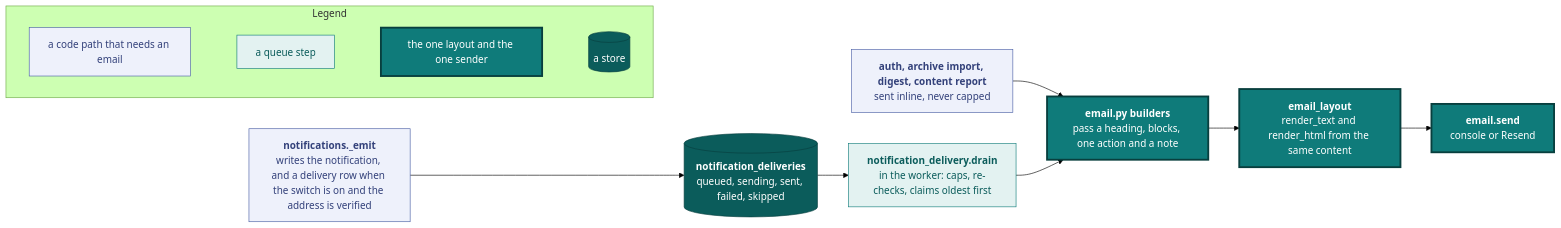
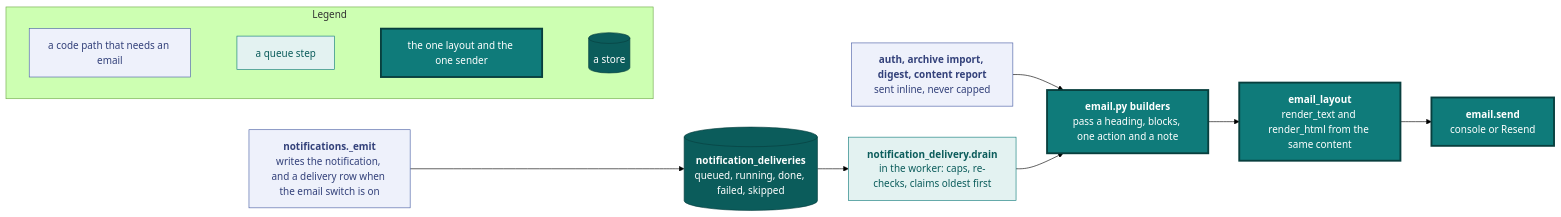
Before and after one commit to vidithq/vidit: the third of 5 diagrams in docs/engineering.md, drawn with Mermaid (forest theme). The commit also changed other lines of this file and 617 other files, not shown here.

````diff
--- a/docs/engineering.md
+++ b/docs/engineering.md
@@ -256,35 +253,35 @@
 ```mermaid
 flowchart LR
   classDef spec fill:#eef1fb,stroke:#4a5fa5,color:#33417a
   classDef shared fill:#e3f2f1,stroke:#0f7b7a,color:#0b5c5b
   classDef core fill:#0f7b7a,stroke:#083f3e,stroke-width:3px,color:#ffffff
   classDef store fill:#0b5c5b,stroke:#083f3e,color:#ffffff
 
   subgraph legend [Legend]
     direction LR
     l1["`a code path that needs an email`"]:::spec
     l2["`a queue step`"]:::shared
     l3["`the one layout and the one sender`"]:::core
     l4[("`a store`")]:::store
     l1 ~~~ l2 ~~~ l3 ~~~ l4
   end
 
   inline["`**auth, archive import, digest, content report**
   sent inline, never capped`"]:::spec
   emit["`**notifications._emit**
-  writes the notification, and a delivery row when the switch is on and the address is verified`"]:::spec
+  writes the notification, and a delivery row when the email switch is on`"]:::spec
   queue[("`**notification_deliveries**
-  queued, sending, sent, failed, skipped`")]:::store
+  queued, running, done, failed, skipped`")]:::store
   drain["`**notification_delivery.drain**
   in the worker: caps, re-checks, claims oldest first`"]:::shared
   builders["`**email.py builders**
   pass a heading, blocks, one action and a note`"]:::core
   layout["`**email_layout**
   render_text and render_html from the same content`"]:::core
   send["`**email.send**
   console or Resend`"]:::core
 
   inline --> builders
   emit --> queue --> drain --> builders
   builders --> layout --> send
 ```
````
